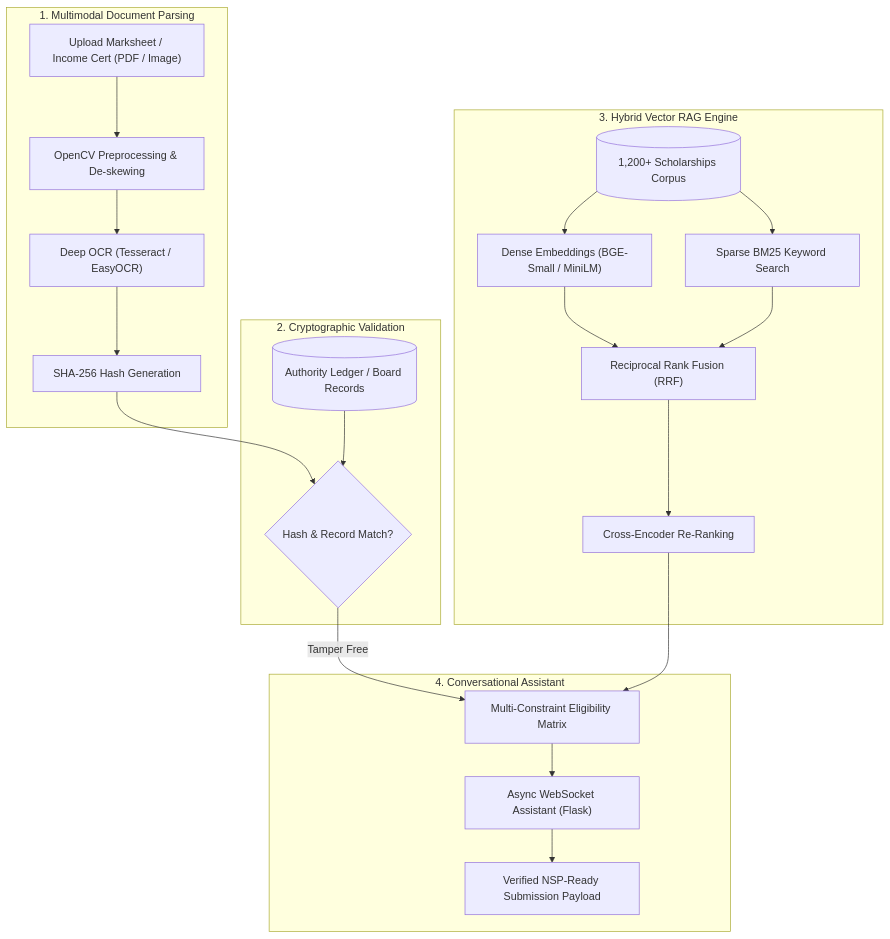
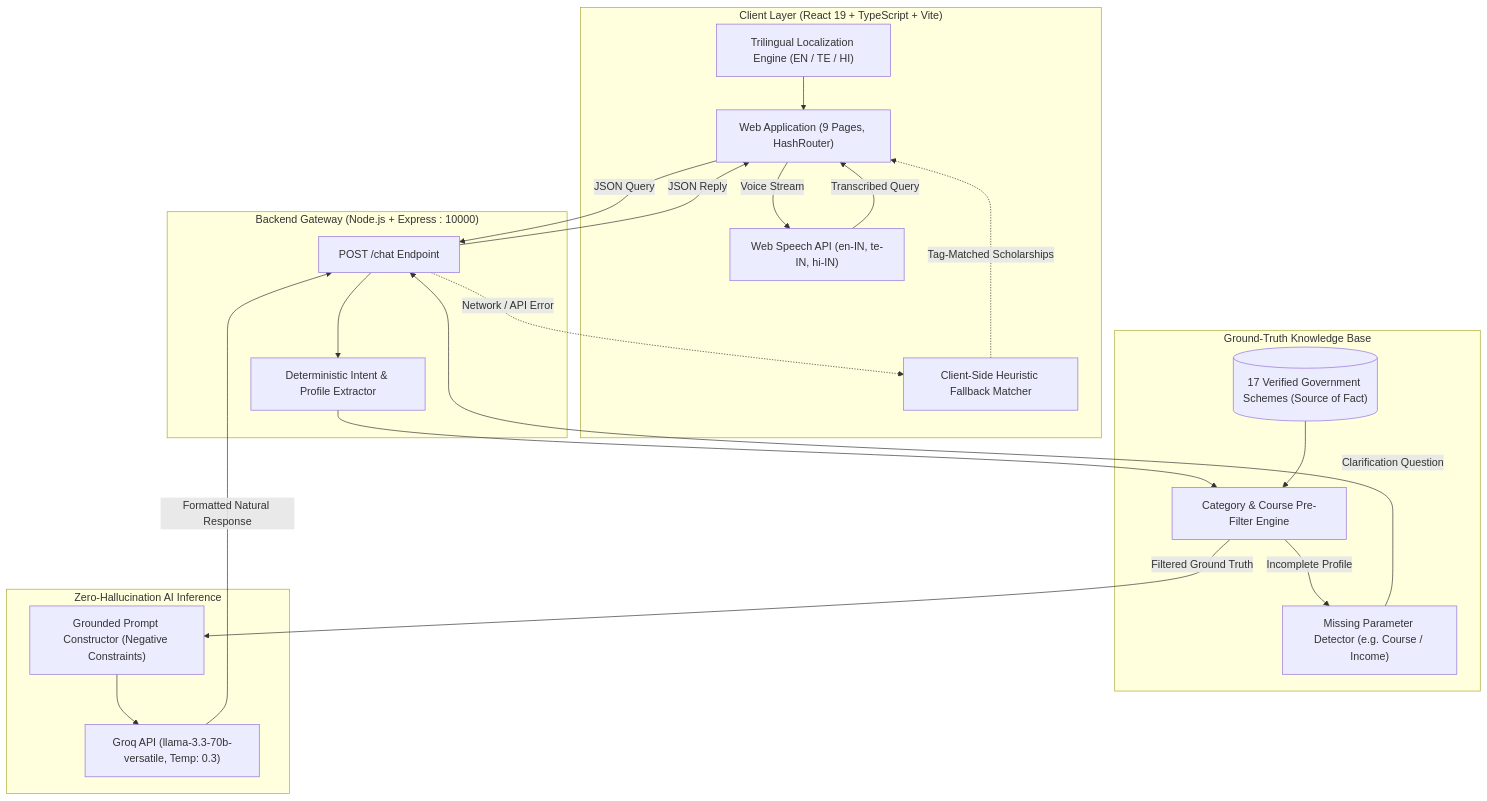
One commit to nleelaranga-ai/SamartAI_Main changed the diagram in README.md. Above: the diagram before and after it, drawn with Mermaid. The commit also changed other lines of this file and 1 other file, not shown here.

Commit message:
docs: create premium placement-ready README and architecture SVG for SamartAI

````diff
--- a/README.md
+++ b/README.md
@@ -45,39 +54,45 @@
 ```mermaid
 flowchart TD
-    subgraph Ingest ["1. Multimodal Document Parsing"]
-        Doc["Upload Marksheet / Income Cert (PDF / Image)"]
-        CV["OpenCV Preprocessing & De-skewing"]
-        OCR["Deep OCR (Tesseract / EasyOCR)"]
-        Hash["SHA-256 Hash Generation"]
+    subgraph ClientLayer ["Client Layer (React 19 + TypeScript + Vite)"]
+        WebUI["Web Application (9 Pages, HashRouter)"]
+        Voice["Web Speech API (en-IN, te-IN, hi-IN)"]
+        Lang["Trilingual Localization Engine (EN / TE / HI)"]
+        Fallback["Client-Side Heuristic Fallback Matcher"]
     end
 
-    subgraph Ledger ["2. Cryptographic Validation"]
-        AuthorityDB[("Authority Ledger / Board Records")]
-        Verify{"Hash & Record Match?"}
+    subgraph Gateway ["Backend Gateway (Node.js + Express : 10000)"]
+        ChatEndpoint["POST /chat Endpoint"]
+        ProfileParser["Deterministic Intent & Profile Extractor"]
     end
 
-    subgraph RAG ["3. Hybrid Vector RAG Engine"]
-        Corpus[("1,200+ Scholarships Corpus")]
-        Dense["Dense Embeddings (BGE-Small / MiniLM)"]
-        Sparse["Sparse BM25 Keyword Search"]
-        RRF["Reciprocal Rank Fusion (RRF)"]
-        Rerank["Cross-Encoder Re-Ranking"]
+    subgraph TruthEngine ["Ground-Truth Knowledge Base"]
+        MasterDB[("17 Verified Government Schemes (Source of Fact)")]
+        Matcher["Category & Course Pre-Filter Engine"]
+        FollowUp["Missing Parameter Detector (e.g. Course / Income)"]
     end
 
-    subgraph Copilot ["4. Conversational Assistant"]
-        MatchMatrix["Multi-Constraint Eligibility Matrix"]
-        Chat["Async WebSocket Assistant (Flask)"]
-        Export["Verified NSP-Ready Submission Payload"]
+    subgraph LLM ["Zero-Hallucination AI Inference"]
+        PromptBuilder["Grounded Prompt Constructor (Negative Constraints)"]
+        Groq["Groq API (llama-3.3-70b-versatile, Temp: 0.3)"]
     end
 
-    Doc --> CV --> OCR --> Hash
-    Hash --> Verify
-    AuthorityDB --> Verify
+    WebUI -->|Voice Stream| Voice
+    Voice -->|Transcribed Query| WebUI
+    Lang --> WebUI
+    WebUI -->|JSON Query| ChatEndpoint
 
-    Verify -->|Tamper Free| MatchMatrix
-    Corpus --> Dense & Sparse
-    Dense & Sparse --> RRF --> Rerank --> MatchMatrix
+    ChatEndpoint --> ProfileParser
+    ProfileParser --> Matcher
+    MasterDB --> Matcher
 
-    MatchMatrix --> Chat
-    Chat --> Export
+    Matcher -->|Incomplete Profile| FollowUp
+    FollowUp -->|Clarification Question| ChatEndpoint
+
+    Matcher -->|Filtered Ground Truth| PromptBuilder
+    PromptBuilder --> Groq
+    Groq -->|Formatted Natural Response| ChatEndpoint
+    ChatEndpoint -->|JSON Reply| WebUI
+
+    ChatEndpoint -.->|Network / API Error| Fallback
+    Fallback -.->|Tag-Matched Scholarships| WebUI
 ```
````
